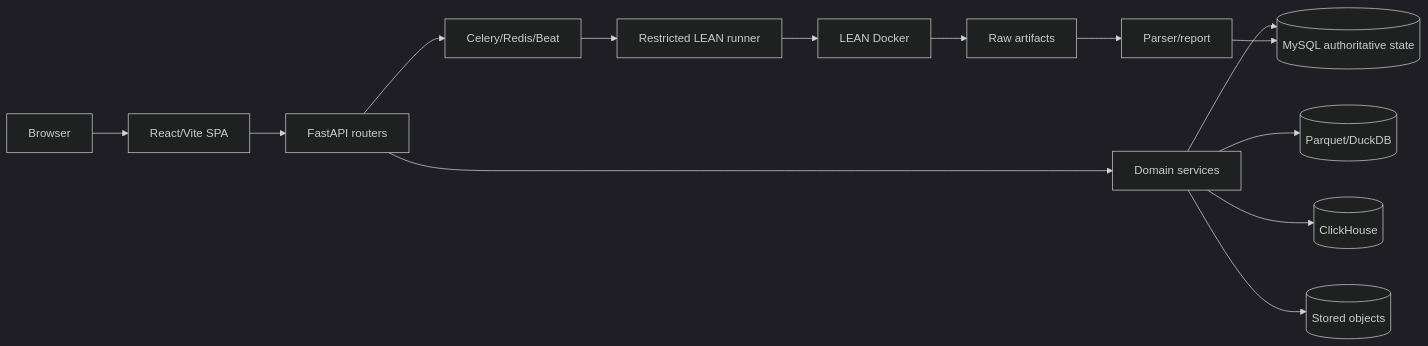
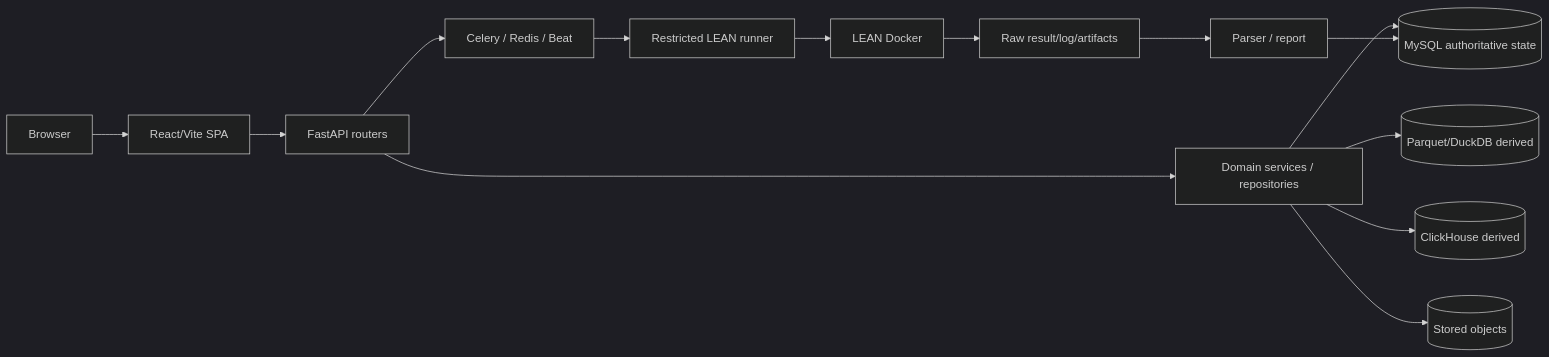
The first of 9 diagrams in docs/audit/actual-environment-system-review-2026-08-02.md (magic-alt/lean-local-platform), drawn with Mermaid (dark theme) before and after one commit. The commit also changed other lines of this file and 35 other files, not shown here.

````diff
--- a/docs/audit/actual-environment-system-review-2026-08-02.md
+++ b/docs/audit/actual-environment-system-review-2026-08-02.md
@@ -88,16 +88,16 @@
 ```mermaid
 flowchart LR
   B[Browser] --> R[React/Vite SPA]
   R --> A[FastAPI routers]
-  A --> S[Domain services]
+  A --> S[Domain services / repositories]
   S --> M[(MySQL authoritative state)]
-  A --> C[Celery/Redis/Beat]
+  A --> C[Celery / Redis / Beat]
   C --> LR[Restricted LEAN runner]
   LR --> L[LEAN Docker]
-  L --> RAW[Raw artifacts]
-  RAW --> P[Parser/report]
+  L --> RAW[Raw result/log/artifacts]
+  RAW --> P[Parser / report]
   P --> M
-  S --> PQ[(Parquet/DuckDB)]
-  S --> CH[(ClickHouse)]
+  S --> PQ[(Parquet/DuckDB derived)]
+  S --> CH[(ClickHouse derived)]
   S --> OS[(Stored objects)]
 ```
````
